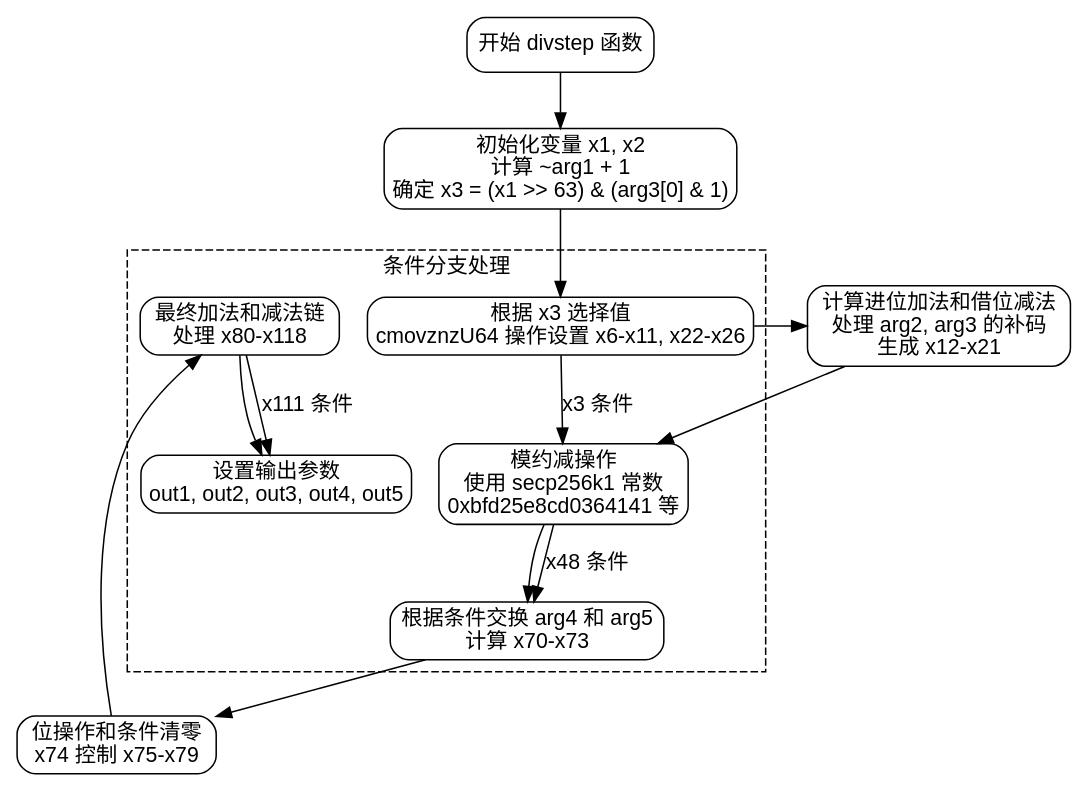
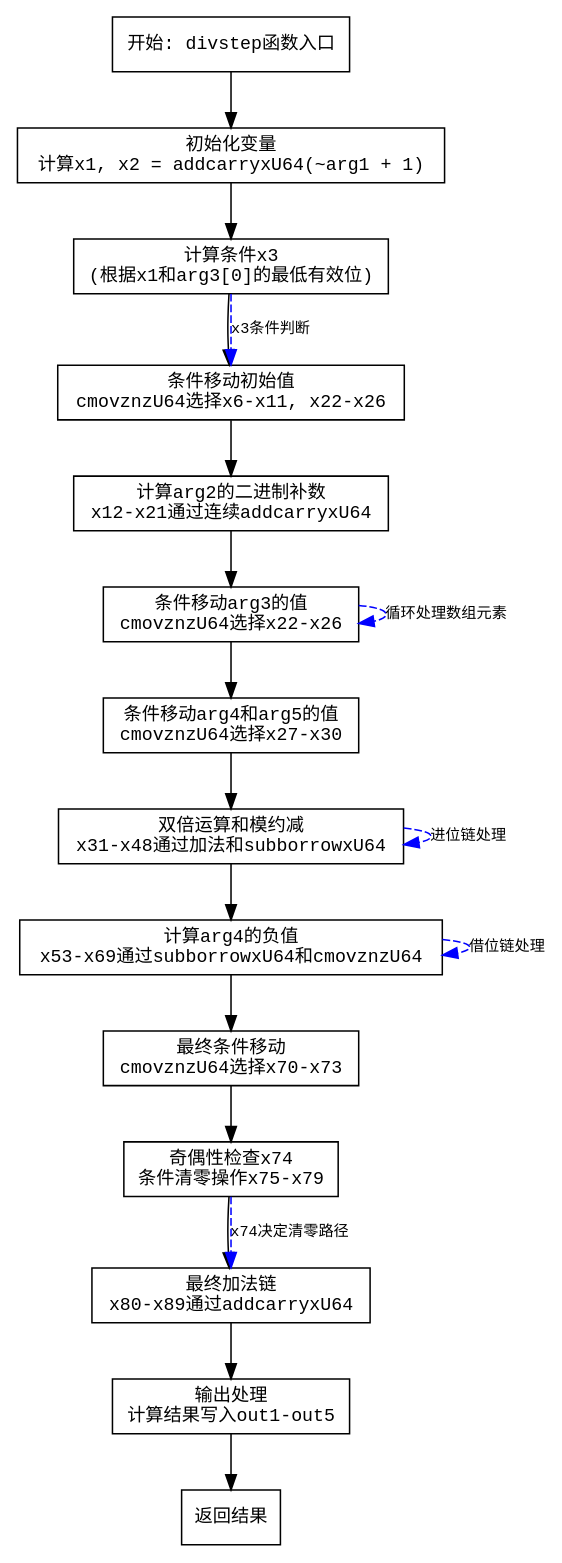
The diagram in dot_std/crypto/pcurves/secp256k1/secp256k1_scalar_64.zig.divstep.md (sdzx-1/deepseek-zig-reader), drawn with Graphviz before and after one commit. The commit also changed other lines of this file and 236 other files, not shown here.

````diff
--- a/dot_std/crypto/pcurves/secp256k1/secp256k1_scalar_64.zig.divstep.md
+++ b/dot_std/crypto/pcurves/secp256k1/secp256k1_scalar_64.zig.divstep.md
@@ -28,33 +39,43 @@
-```dot
+```graphviz
 digraph flowchart {
-    node [shape=rectangle, style="rounded", fontname="Arial"];
-    edge [fontname="Arial"];
+    node [shape=rectangle, fontname="Courier", fontsize=12];
+    edge [fontname="Courier", fontsize=10];
 
-    start [label="开始 divstep 函数"];
-    init [label="初始化变量 x1, x2\n计算 ~arg1 + 1\n确定 x3 = (x1 >> 63) & (arg3[0] & 1)"];
-    cond_mov [label="根据 x3 选择值\ncmovznzU64 操作设置 x6-x11, x22-x26"];
-    compute_add_sub [label="计算进位加法和借位减法\n处理 arg2, arg3 的补码\n生成 x12-x21"];
-    modular_reduction [label="模约减操作\n使用 secp256k1 常数\n0xbfd25e8cd0364141 等"];
-    arg4_arg5_swap [label="根据条件交换 arg4 和 arg5\n计算 x70-x73"];
-    bit_ops [label="位操作和条件清零\nx74 控制 x75-x79"];
-    final_add_sub [label="最终加法和减法链\n处理 x80-x118"];
-    output [label="设置输出参数\nout1, out2, out3, out4, out5"];
+    start [label="开始: divstep函数入口"];
+    init [label="初始化变量\n计算x1, x2 = addcarryxU64(~arg1 + 1)"];
+    compute_x3 [label="计算条件x3\n(根据x1和arg3[0]的最低有效位)"];
+    cmov_initial [label="条件移动初始值\ncmovznzU64选择x6-x11, x22-x26"];
+    compute_twos_complement [label="计算arg2的二进制补数\nx12-x21通过连续addcarryxU64"];
+    cmov_arg3 [label="条件移动arg3的值\ncmovznzU64选择x22-x26"];
+    cmov_arg4_arg5 [label="条件移动arg4和arg5的值\ncmovznzU64选择x27-x30"];
+    doubling_loop [label="双倍运算和模约减\nx31-x48通过加法和subborrowxU64"];
+    negation_block [label="计算arg4的负值\nx53-x69通过subborrowxU64和cmovznzU64"];
+    final_cmov [label="最终条件移动\ncmovznzU64选择x70-x73"];
+    parity_check [label="奇偶性检查x74\n条件清零操作x75-x79"];
+    final_add [label="最终加法链\nx80-x89通过addcarryxU64"];
+    output_processing [label="输出处理\n计算结果写入out1-out5"];
+    end [label="返回结果"];
 
     start -> init;
-    init -> cond_mov;
-    cond_mov -> compute_add_sub;
-    compute_add_sub -> modular_reduction;
-    modular_reduction -> arg4_arg5_swap;
-    arg4_arg5_swap -> bit_ops;
-    bit_ops -> final_add_sub;
-    final_add_sub -> output;
+    init -> compute_x3;
+    compute_x3 -> cmov_initial;
+    cmov_initial -> compute_twos_complement;
+    compute_twos_complement -> cmov_arg3;
+    cmov_arg3 -> cmov_arg4_arg5;
+    cmov_arg4_arg5 -> doubling_loop;
+    doubling_loop -> negation_block;
+    negation_block -> final_cmov;
+    final_cmov -> parity_check;
+    parity_check -> final_add;
+    final_add -> output_processing;
+    output_processing -> end;
 
-    subgraph cluster_conds {
-        label="条件分支处理";
-        style=dashed;
-        cond_mov -> modular_reduction [label="x3 条件"];
-        modular_reduction -> arg4_arg5_swap [label="x48 条件"];
-        final_add_sub -> output [label="x111 条件"];
-    }
+    // 关键条件分支
+    edge [style=dashed, color=blue];
+    compute_x3 -> cmov_initial [label="x3条件判断"];
+    cmov_arg3 -> cmov_arg3 [label="循环处理数组元素"];
+    doubling_loop -> doubling_loop [label="进位链处理"];
+    negation_block -> negation_block [label="借位链处理"];
+    parity_check -> final_add [label="x74决定清零路径"];
 }
 ```
````
